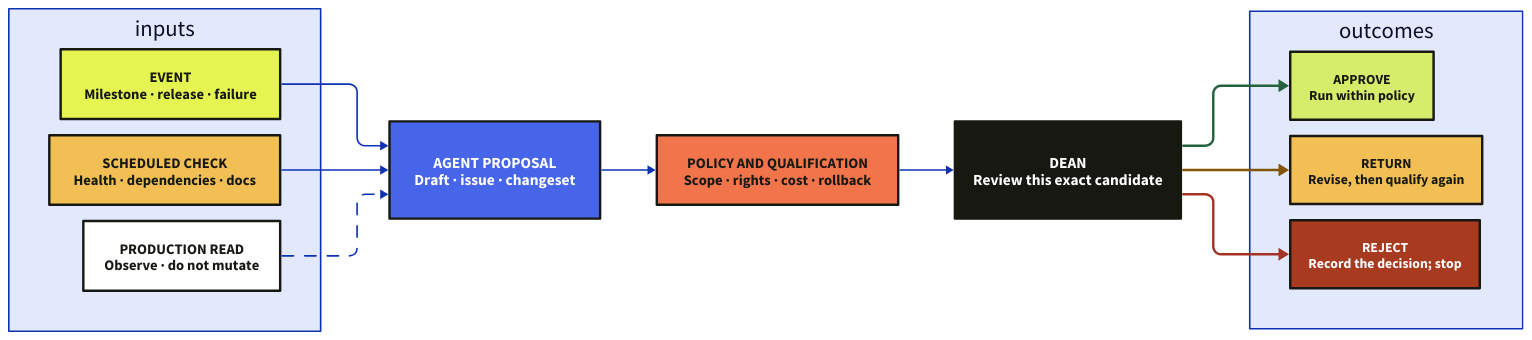
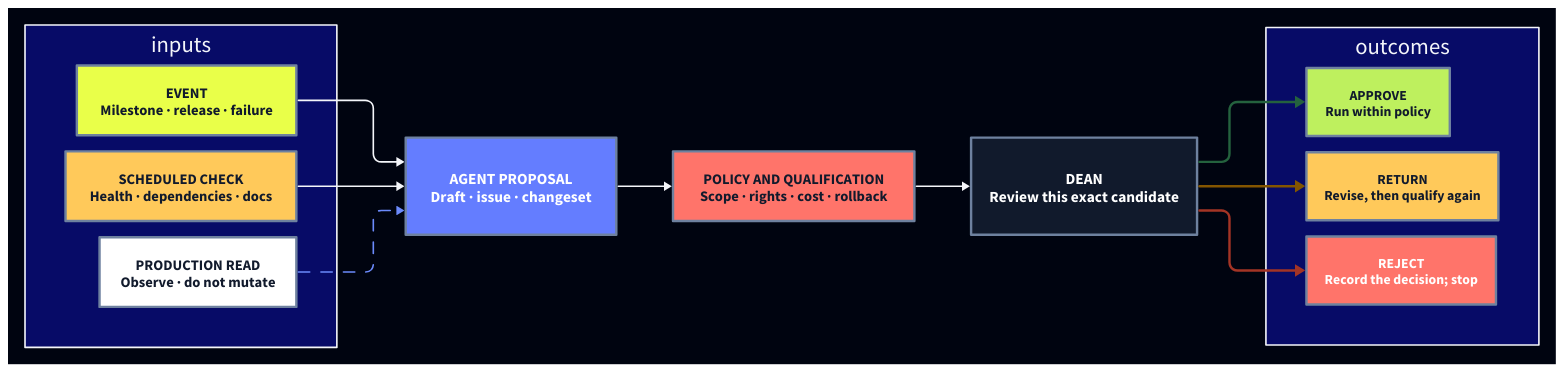
Before and after one commit to loftwah/woodhouse-new: the diagram in diagrams/agent-policy.d2, drawn with D2. The commit also changed 105 other files, not shown here.

```diff
--- a/diagrams/agent-policy.d2
+++ b/diagrams/agent-policy.d2
@@ -1,29 +1,29 @@
 direction: right
-vars: {d2-config: {layout-engine: elk; theme-id: 0}}
+vars: {d2-config: {layout-engine: elk; theme-id: 201}}
 
 inputs: {
   direction: down
-  event: "EVENT\nMilestone · release · failure" {style.fill: "#E6F451"; style.stroke: "#171812"; style.stroke-width: 3; style.font-color: "#171812"; style.font-size: 18; style.bold: true}
-  schedule: "SCHEDULED CHECK\nHealth · dependencies · docs" {style.fill: "#F1BF54"; style.stroke: "#171812"; style.stroke-width: 3; style.font-color: "#171812"; style.font-size: 18; style.bold: true}
-  production: "PRODUCTION READ\nObserve · do not mutate" {style.fill: "#FFFFFF"; style.stroke: "#171812"; style.stroke-width: 3; style.font-color: "#171812"; style.font-size: 18; style.bold: true}
+  event: "EVENT\nMilestone · release · failure" {style.fill: "#E9FF49"; style.stroke: "#6E819F"; style.stroke-width: 3; style.font-color: "#111A2C"; style.font-size: 18; style.bold: true}
+  schedule: "SCHEDULED CHECK\nHealth · dependencies · docs" {style.fill: "#FFC95A"; style.stroke: "#6E819F"; style.stroke-width: 3; style.font-color: "#111A2C"; style.font-size: 18; style.bold: true}
+  production: "PRODUCTION READ\nObserve · do not mutate" {style.fill: "#FFFFFF"; style.stroke: "#6E819F"; style.stroke-width: 3; style.font-color: "#111A2C"; style.font-size: 18; style.bold: true}
 }
 
-proposal: "AGENT PROPOSAL\nDraft · issue · changeset" {style.fill: "#4665E8"; style.stroke: "#171812"; style.stroke-width: 3; style.font-color: "#FFFFFF"; style.font-size: 19; style.bold: true}
-checks: "POLICY AND QUALIFICATION\nScope · rights · cost · rollback" {style.fill: "#F2744A"; style.stroke: "#171812"; style.stroke-width: 3; style.font-color: "#171812"; style.font-size: 18; style.bold: true}
-decision: "DEAN\nReview this exact candidate" {style.fill: "#171812"; style.stroke: "#171812"; style.stroke-width: 3; style.font-color: "#FFFFFF"; style.font-size: 19; style.bold: true}
+proposal: "AGENT PROPOSAL\nDraft · issue · changeset" {style.fill: "#647DFF"; style.stroke: "#6E819F"; style.stroke-width: 3; style.font-color: "#FFFFFF"; style.font-size: 19; style.bold: true}
+checks: "POLICY AND QUALIFICATION\nScope · rights · cost · rollback" {style.fill: "#FF746A"; style.stroke: "#6E819F"; style.stroke-width: 3; style.font-color: "#111A2C"; style.font-size: 18; style.bold: true}
+decision: "DEAN\nReview this exact candidate" {style.fill: "#111A2C"; style.stroke: "#6E819F"; style.stroke-width: 3; style.font-color: "#FFFFFF"; style.font-size: 19; style.bold: true}
 
 outcomes: {
   direction: down
-  approve: "APPROVE\nRun within policy" {style.fill: "#D6EC6B"; style.stroke: "#171812"; style.stroke-width: 3; style.font-color: "#171812"; style.font-size: 17; style.bold: true}
-  return: "RETURN\nRevise, then qualify again" {style.fill: "#F1BF54"; style.stroke: "#171812"; style.stroke-width: 3; style.font-color: "#171812"; style.font-size: 17; style.bold: true}
-  reject: "REJECT\nRecord the decision; stop" {style.fill: "#A83A20"; style.stroke: "#171812"; style.stroke-width: 3; style.font-color: "#FFFFFF"; style.font-size: 17; style.bold: true}
+  approve: "APPROVE\nRun within policy" {style.fill: "#BEF05E"; style.stroke: "#6E819F"; style.stroke-width: 3; style.font-color: "#111A2C"; style.font-size: 17; style.bold: true}
+  return: "RETURN\nRevise, then qualify again" {style.fill: "#FFC95A"; style.stroke: "#6E819F"; style.stroke-width: 3; style.font-color: "#111A2C"; style.font-size: 17; style.bold: true}
+  reject: "REJECT\nRecord the decision; stop" {style.fill: "#FF746A"; style.stroke: "#6E819F"; style.stroke-width: 3; style.font-color: "#FFFFFF"; style.font-size: 17; style.bold: true}
 }
 
 inputs.event -> proposal
 inputs.schedule -> proposal
 inputs.production -> proposal {style.stroke-dash: 7}
 proposal -> checks
 checks -> decision
 decision -> outcomes.approve {style.stroke: "#24623E"; style.stroke-width: 3}
 decision -> outcomes.return {style.stroke: "#835500"; style.stroke-width: 3}
 decision -> outcomes.reject {style.stroke: "#A33425"; style.stroke-width: 3}
```
